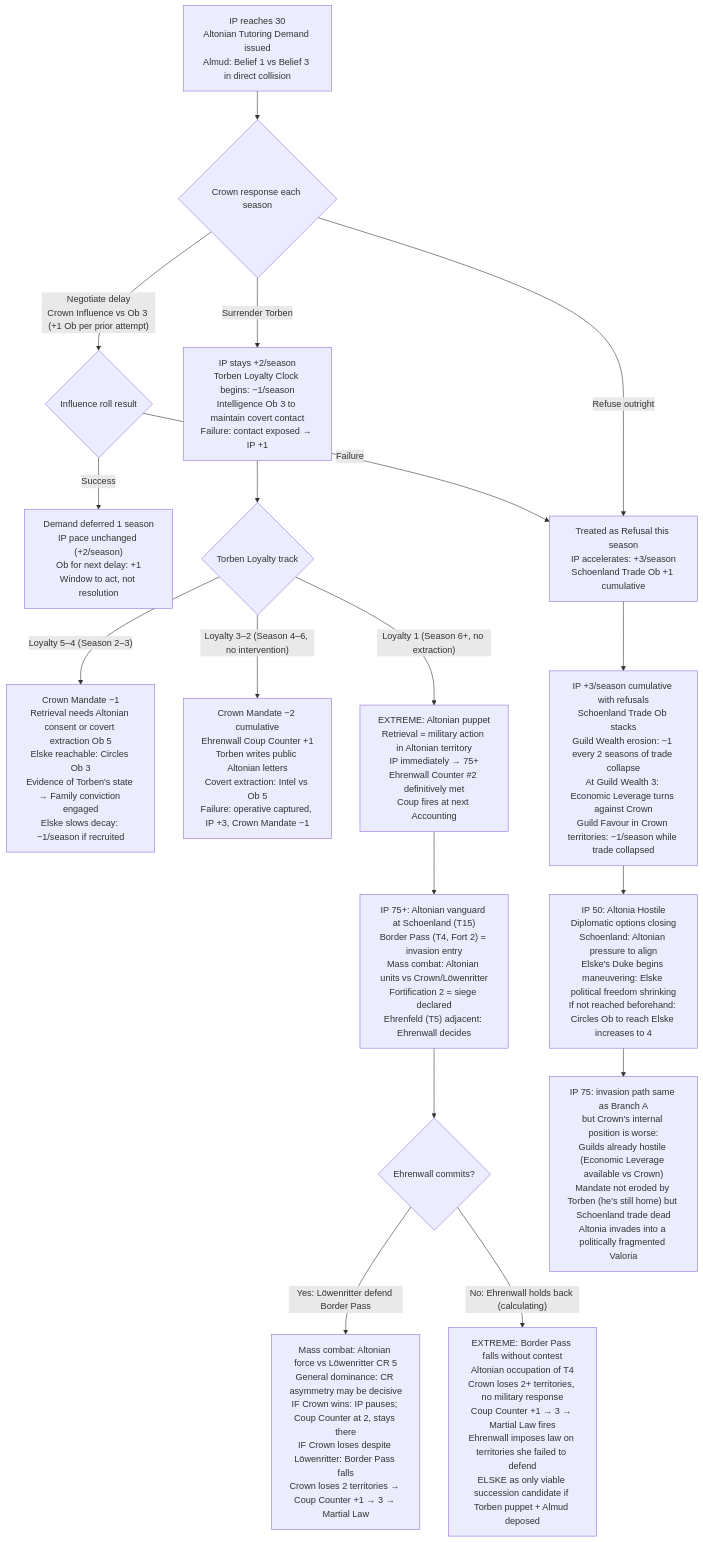
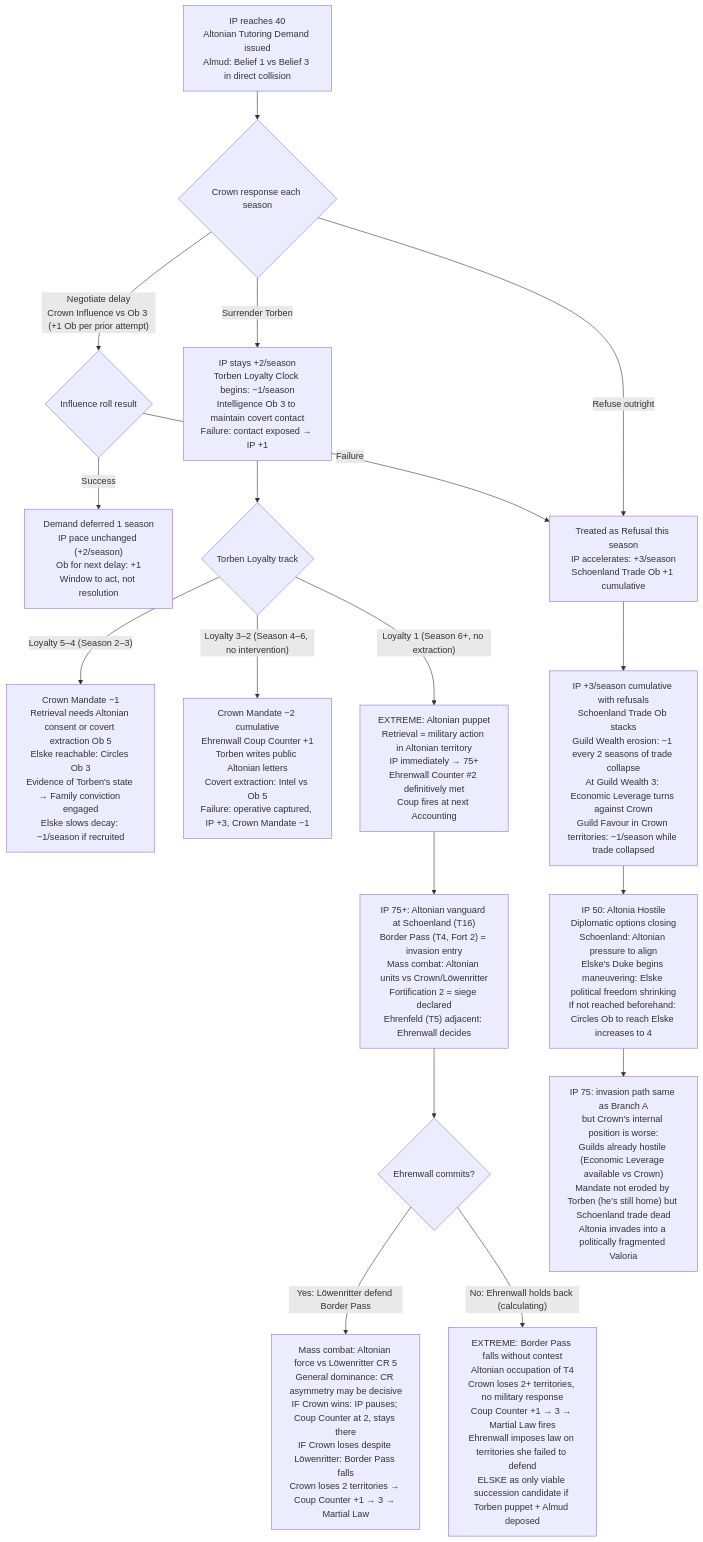
Before and after one commit to jordanelias/ttrpg: the first of 4 diagrams in designs/gm_ref_cp14/arcs/arcs_20_23_branching.md, drawn with Mermaid. The commit also changed other lines of this file and 4 other files, not shown here.

Commit message:
[patch] Arc library P1 corrections: IP 30->40, TC 60->Graduated Seizure/TC 75, Reach->Influence, Baralta Mandate>=4, Schoenland T15->T16, Collision D invalidated by E-01

````diff
--- a/designs/gm_ref_cp14/arcs/arcs_20_23_branching.md
+++ b/designs/gm_ref_cp14/arcs/arcs_20_23_branching.md
@@ -51,23 +51,23 @@
 ```mermaid
 flowchart TD
-    A["IP reaches 30\nAltonian Tutoring Demand issued\nAlmud: Belief 1 vs Belief 3 in direct collision"] --> B{Crown response each season}
+    A["IP reaches 40\nAltonian Tutoring Demand issued\nAlmud: Belief 1 vs Belief 3 in direct collision"] --> B{Crown response each season}
     B -->|"Negotiate delay\nCrown Influence vs Ob 3 (+1 Ob per prior attempt)"| C{Influence roll result}
     C -->|"Success"| D["Demand deferred 1 season\nIP pace unchanged (+2/season)\nOb for next delay: +1\nWindow to act, not resolution"]
     C -->|"Failure"| E["Treated as Refusal this season\nIP accelerates: +3/season\nSchoenland Trade Ob +1 cumulative"]
     B -->|"Surrender Torben"| F["IP stays +2/season\nTorben Loyalty Clock begins: −1/season\nIntelligence Ob 3 to maintain covert contact\nFailure: contact exposed → IP +1"]
     B -->|"Refuse outright"| E
     
     F --> G{Torben Loyalty track}
     G -->|"Loyalty 5–4 (Season 2–3)"| H["Crown Mandate −1\nRetrieval needs Altonian consent or covert extraction Ob 5\nElske reachable: Circles Ob 3\nEvidence of Torben's state → Family conviction engaged\nElske slows decay: −1/season if recruited"]
     G -->|"Loyalty 3–2 (Season 4–6, no intervention)"| I["Crown Mandate −2 cumulative\nEhrenwall Coup Counter +1\nTorben writes public Altonian letters\nCovert extraction: Intel vs Ob 5\nFailure: operative captured, IP +3, Crown Mandate −1"]
     G -->|"Loyalty 1 (Season 6+, no extraction)"| J["EXTREME: Altonian puppet\nRetrieval = military action in Altonian territory\nIP immediately → 75+\nEhrenwall Counter #2 definitively met\nCoup fires at next Accounting"]
     
-    J --> K["IP 75+: Altonian vanguard at Schoenland (T15)\nBorder Pass (T4, Fort 2) = invasion entry\nMass combat: Altonian units vs Crown/Löwenritter\nFortification 2 = siege declared\nEhrenfeld (T5) adjacent: Ehrenwall decides"]
+    J --> K["IP 75+: Altonian vanguard at Schoenland (T16)\nBorder Pass (T4, Fort 2) = invasion entry\nMass combat: Altonian units vs Crown/Löwenritter\nFortification 2 = siege declared\nEhrenfeld (T5) adjacent: Ehrenwall decides"]
     K --> L{Ehrenwall commits?}
     L -->|"Yes: Löwenritter defend Border Pass"| M["Mass combat: Altonian force vs Löwenritter CR 5\nGeneral dominance: CR asymmetry may be decisive\nIF Crown wins: IP pauses; Coup Counter at 2, stays there\nIF Crown loses despite Löwenritter: Border Pass falls\nCrown loses 2 territories → Coup Counter +1 → 3 → Martial Law"]
     L -->|"No: Ehrenwall holds back (calculating)"| N["EXTREME: Border Pass falls without contest\nAltonian occupation of T4\nCrown loses 2+ territories, no military response\nCoup Counter +1 → 3 → Martial Law fires\nEhrenwall imposes law on territories she failed to defend\nELSKE as only viable succession candidate if Torben puppet + Almud deposed"]
     
     E --> O["IP +3/season cumulative with refusals\nSchoenland Trade Ob stacks\nGuild Wealth erosion: −1 every 2 seasons of trade collapse\nAt Guild Wealth 3: Economic Leverage turns against Crown\nGuild Favour in Crown territories: −1/season while trade collapsed"]
     O --> P["IP 50: Altonia Hostile\nDiplomatic options closing\nSchoenland: Altonian pressure to align\nElske's Duke begins maneuvering: Elske political freedom shrinking\nIf not reached beforehand: Circles Ob to reach Elske increases to 4"]
     P --> Q["IP 75: invasion path same as Branch A\nbut Crown's internal position is worse:\nGuilds already hostile (Economic Leverage available vs Crown)\nMandate not eroded by Torben (he's still home) but Schoenland trade dead\nAltonia invades into a politically fragmented Valoria"]
 ```
````
